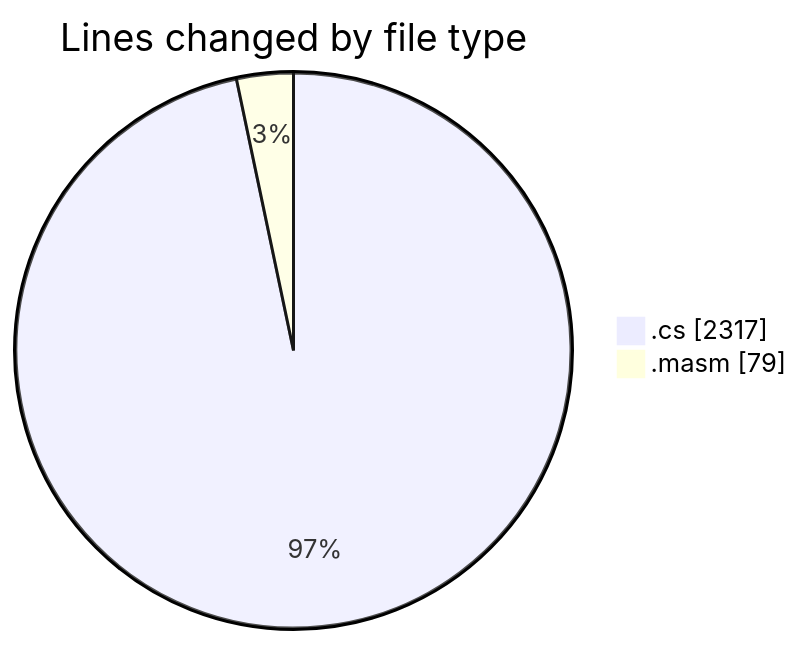
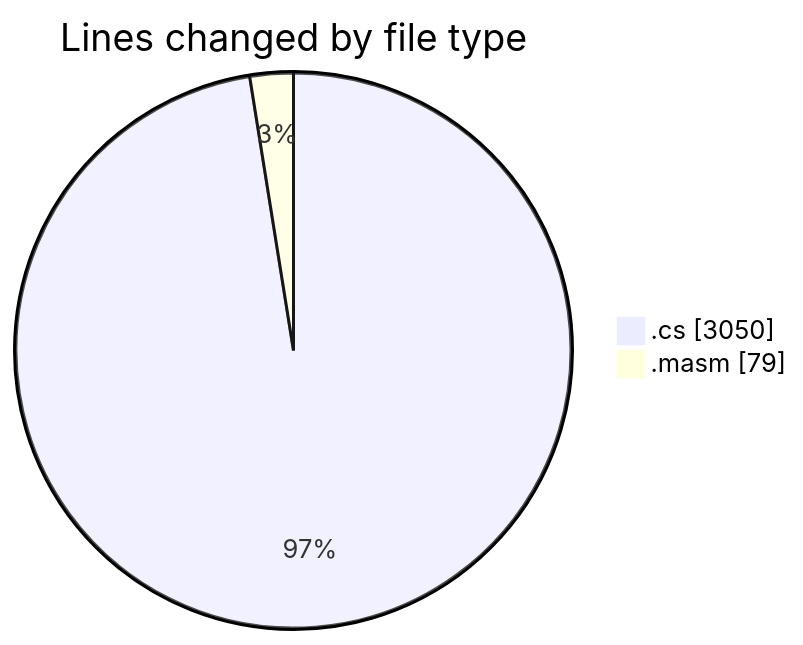
The first of 2 diagrams in 2025-03-17/sharpmasm/README.md (charlie-sans/code-tracking), drawn with Mermaid before and after one commit. The commit also changed other lines of this file and 1 other file, not shown here.

````diff
--- a/2025-03-17/sharpmasm/README.md
+++ b/2025-03-17/sharpmasm/README.md
@@ -26,6 +26,6 @@
 ```mermaid
 pie showData
 title Lines changed by file type
-".cs" : 2317
+".cs" : 3050
 ".masm" : 79
 ```
````
